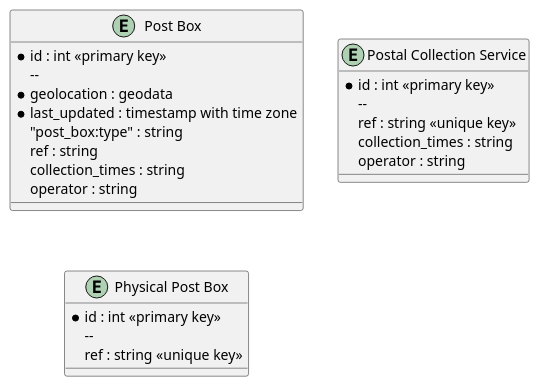
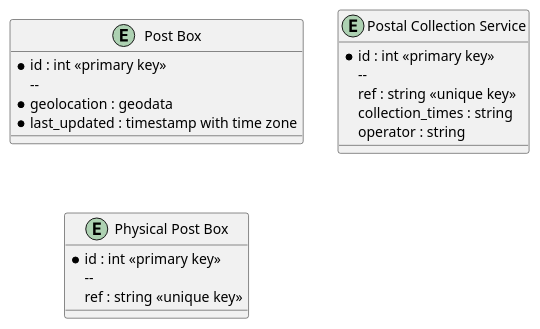
One commit to SK53/plantuml_test changed the diagram in assets/postbox1.iuml. Above: the diagram before and after it, drawn with PlantUML.

Commit message:
remove attributes from parent entity

```diff
--- a/assets/postbox1.iuml
+++ b/assets/postbox1.iuml
@@ -1,35 +1,31 @@
 @startuml
 
 
 entity "Post Box" as amenity=post_box {
 
   *id : int <<primary key>>
   --
   * geolocation : geodata
   *last_updated : timestamp with time zone
-  "post_box:type" : string
-  ref : string
-  collection_times : string
-  operator : string
 }
 
 entity "Postal Collection Service" as service=postal_collection {
 
   *id : int <<primary key>>
   --
   ref : string <<unique key>>
   collection_times : string
   operator : string
 }
 
 entity "Physical Post Box" as man_made=post_box {
 
   *id : int <<primary key>>
   --
   ref : string <<unique key>>
   
   }
 
 
 
 @enduml
```
